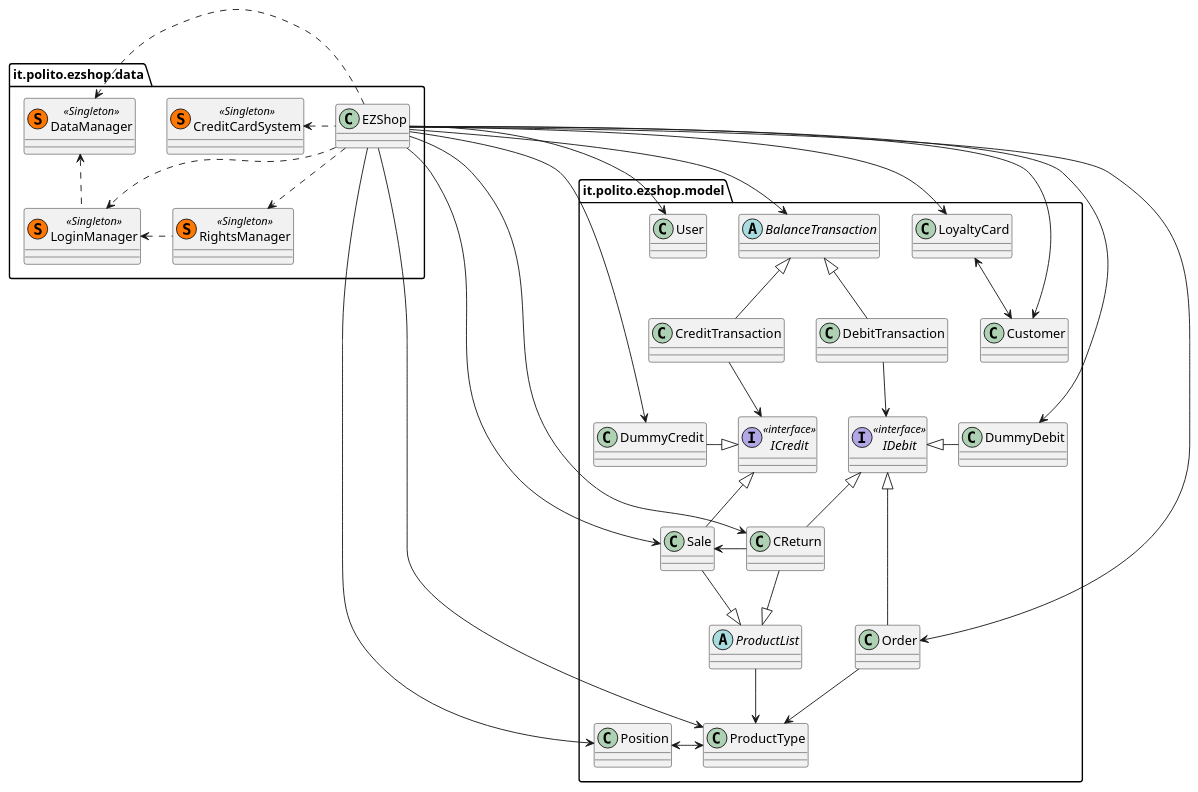
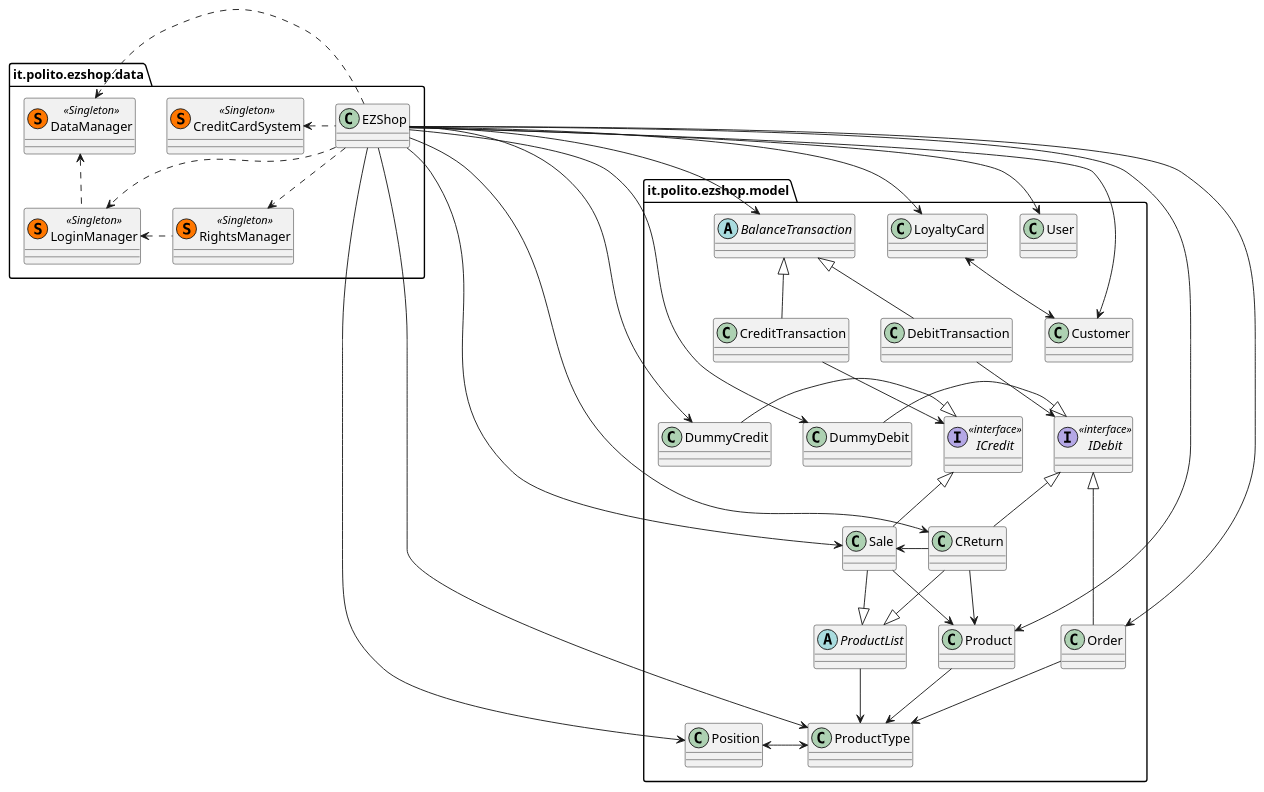
One commit to thegabriele97/EzShop changed the diagram in Deliverables/IntegrationAPITestReport.md. Above: the diagram before and after it, drawn with PlantUML.

````diff
--- a/Deliverables/IntegrationAPITestReport.md
+++ b/Deliverables/IntegrationAPITestReport.md
@@ -135,6 +135,10 @@
         
     }
 
+    class Product {
+        
+    }
+
     ProductType <-left-> Position
     Sale <-right- CReturn
 
@@ -158,6 +162,10 @@
     CreditTransaction --> ICredit
     DebitTransaction --> IDebit
 
+    Product -right-> ProductType
+    Sale --> Product
+    CReturn --> Product
+
 }
 
 ezshop --> BalanceTransaction
@@ -171,5 +179,6 @@
 ezshop --> CReturn
 ezshop --> Position
 ezshop --> ProductType
+ezshop --> Product
 
 ```
````
